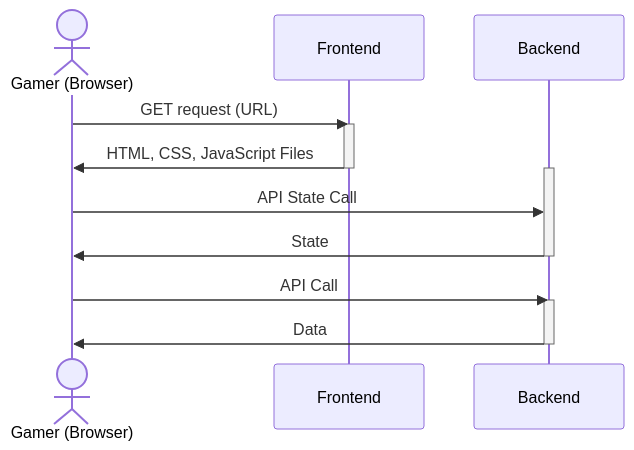
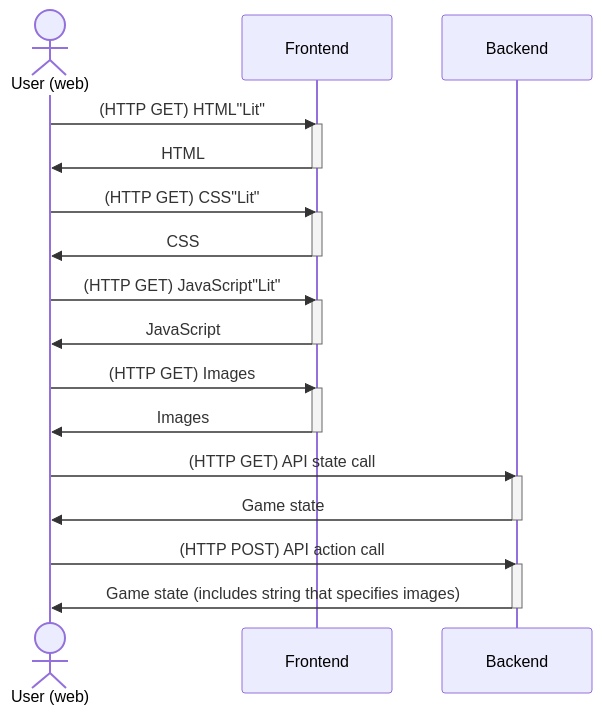
One commit to Raadfxrd/ROTK-school changed the diagram in docs/teamdocumenten/salim.md. Above: the diagram before and after it, drawn with Mermaid.

````diff
--- a/docs/teamdocumenten/salim.md
+++ b/docs/teamdocumenten/salim.md
@@ -1,19 +1,39 @@
 ```mermaid
 sequenceDiagram
-actor Gamer (Browser)
-participant Frontend
-participant Backend
-Gamer (Browser)->>Frontend: GET request (URL)
-activate Frontend
-Frontend->>Gamer (Browser): HTML, CSS, JavaScript Files
-deactivate Frontend
-activate Backend
-Gamer (Browser)->>Backend: API State Call
-Backend->> Gamer (Browser): State
-deactivate Backend
-Gamer (Browser)->>Backend: API Call
-activate Backend
-Backend->>Gamer (Browser): Data
-deactivate Backend
-activate Frontend
+  actor User (web)
+  participant Frontend
+  participant Backend
+
+  User (web)->>Frontend: (HTTP GET) HTML"Lit"
+  activate Frontend
+  Frontend->>User (web): HTML
+  deactivate Frontend
+  User (web)->>Frontend: (HTTP GET) CSS"Lit"
+  activate Frontend
+  Frontend->>User (web): CSS
+  deactivate Frontend
+  User (web)->>Frontend: (HTTP GET) JavaScript"Lit"
+  activate Frontend
+  Frontend->>User (web): JavaScript
+  deactivate Frontend
+  User (web)->>Frontend: (HTTP GET) Images
+  activate Frontend
+  Frontend->>User (web): Images
+  deactivate Frontend
+
+
+
+  User (web)->>Backend: (HTTP GET) API state call
+  activate Backend
+
+  Backend->>User (web): Game state
+  deactivate Backend
+
+  User (web)->>Backend: (HTTP POST) API action call
+  activate Backend
+
+  Backend->>User (web): Game state (includes string that specifies images)
+  deactivate Backend
+
+
 ```
````
